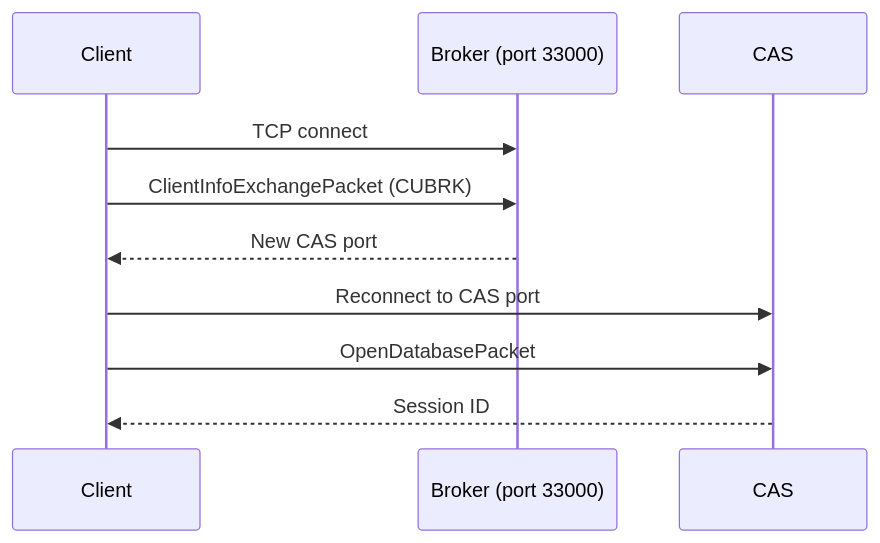
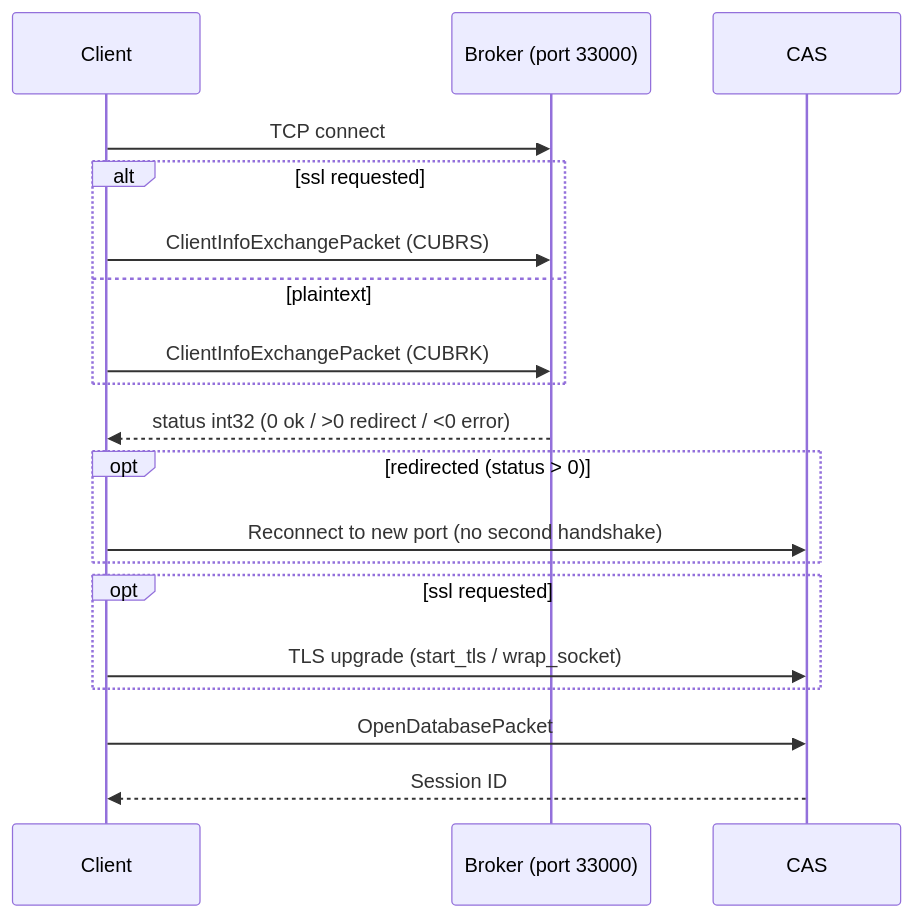
Before and after one commit to cubrid-lab/pycubrid: the first of 2 diagrams in docs/CONNECTION.md, drawn with Mermaid. The commit also changed other lines of this file and 8 other files, not shown here.

````diff
--- a/docs/CONNECTION.md
+++ b/docs/CONNECTION.md
@@ -355,13 +366,22 @@
 ```mermaid
 sequenceDiagram
   participant Client
   participant Broker as Broker (port 33000)
   participant CAS
 
   Client->>Broker: TCP connect
-  Client->>Broker: ClientInfoExchangePacket (CUBRK)
-  Broker-->>Client: New CAS port
-  Client->>CAS: Reconnect to CAS port
+  alt ssl requested
+    Client->>Broker: ClientInfoExchangePacket (CUBRS)
+  else plaintext
+    Client->>Broker: ClientInfoExchangePacket (CUBRK)
+  end
+  Broker-->>Client: status int32 (0 ok / >0 redirect / <0 error)
+  opt redirected (status > 0)
+    Client->>CAS: Reconnect to new port (no second handshake)
+  end
+  opt ssl requested
+    Client->>CAS: TLS upgrade (start_tls / wrap_socket)
+  end
   Client->>CAS: OpenDatabasePacket
   CAS-->>Client: Session ID
 ```
````
